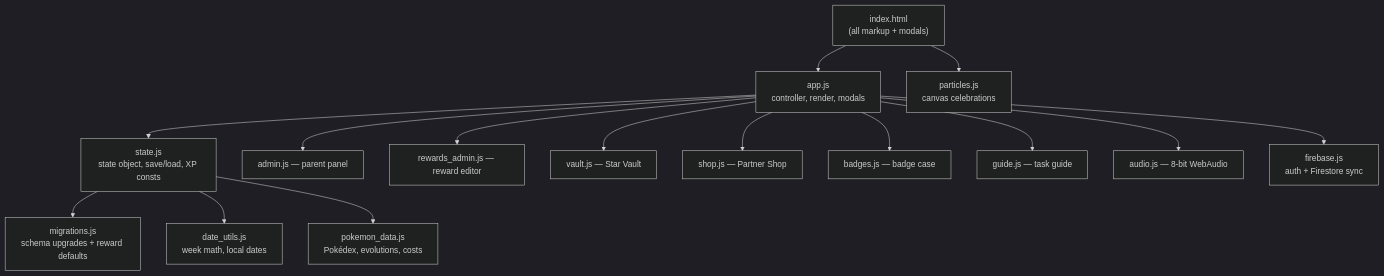
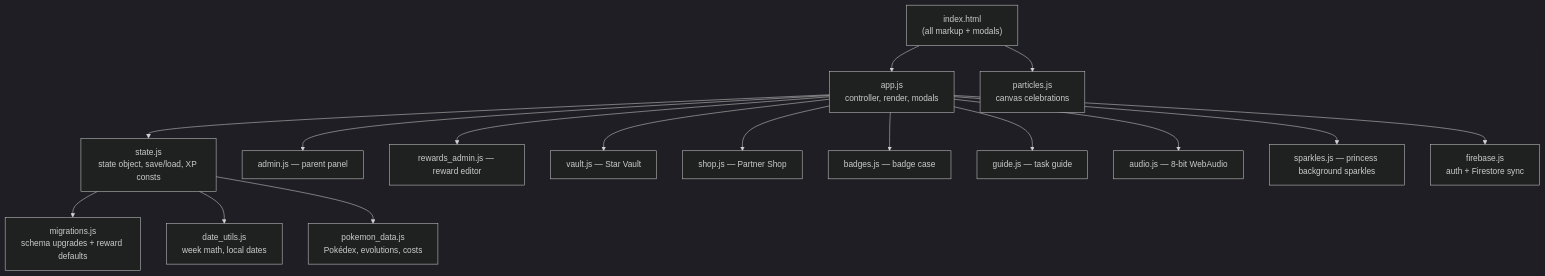
The diagram in _agents/AGENTS.md (crsjain/kepler-pokemon-chart), drawn with Mermaid (dark theme) before and after one commit. The commit also changed 7 other files, not shown here.

Commit message:
Princess theme: occasional background sparkles easter egg every 45-90s in the open pink sky (sparkles.js, TC144, cache v312)

````diff
--- a/_agents/AGENTS.md
+++ b/_agents/AGENTS.md
@@ -187,17 +187,18 @@
 ```mermaid
 graph TD
     IDX["index.html<br/>(all markup + modals)"] --> APP["app.js<br/>controller, render, modals"]
     IDX --> PART["particles.js<br/>canvas celebrations"]
     APP --> STATE["state.js<br/>state object, save/load, XP consts"]
     APP --> ADMIN["admin.js — parent panel"]
     APP --> RADMIN["rewards_admin.js — reward editor"]
     APP --> VAULT["vault.js — Star Vault"]
     APP --> SHOP["shop.js — Partner Shop"]
     APP --> BADGES["badges.js — badge case"]
     APP --> GUIDE["guide.js — task guide"]
     APP --> AUDIO["audio.js — 8-bit WebAudio"]
+    APP --> SPARK["sparkles.js — princess background sparkles"]
     STATE --> MIG["migrations.js<br/>schema upgrades + reward defaults"]
     STATE --> DATES["date_utils.js<br/>week math, local dates"]
     STATE --> DATA["pokemon_data.js<br/>Pokédex, evolutions, costs"]
     APP --> FB["firebase.js<br/>auth + Firestore sync"]
 ```
````
